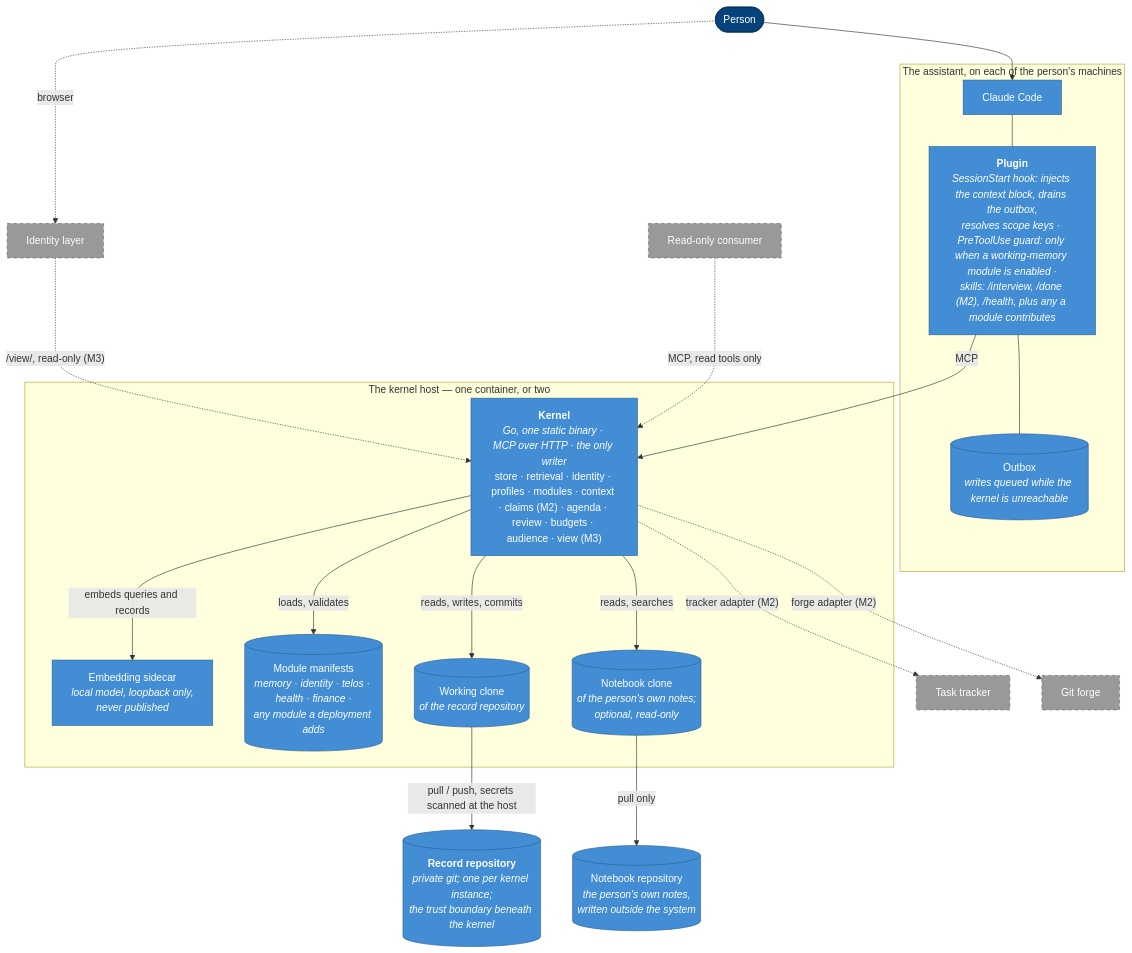
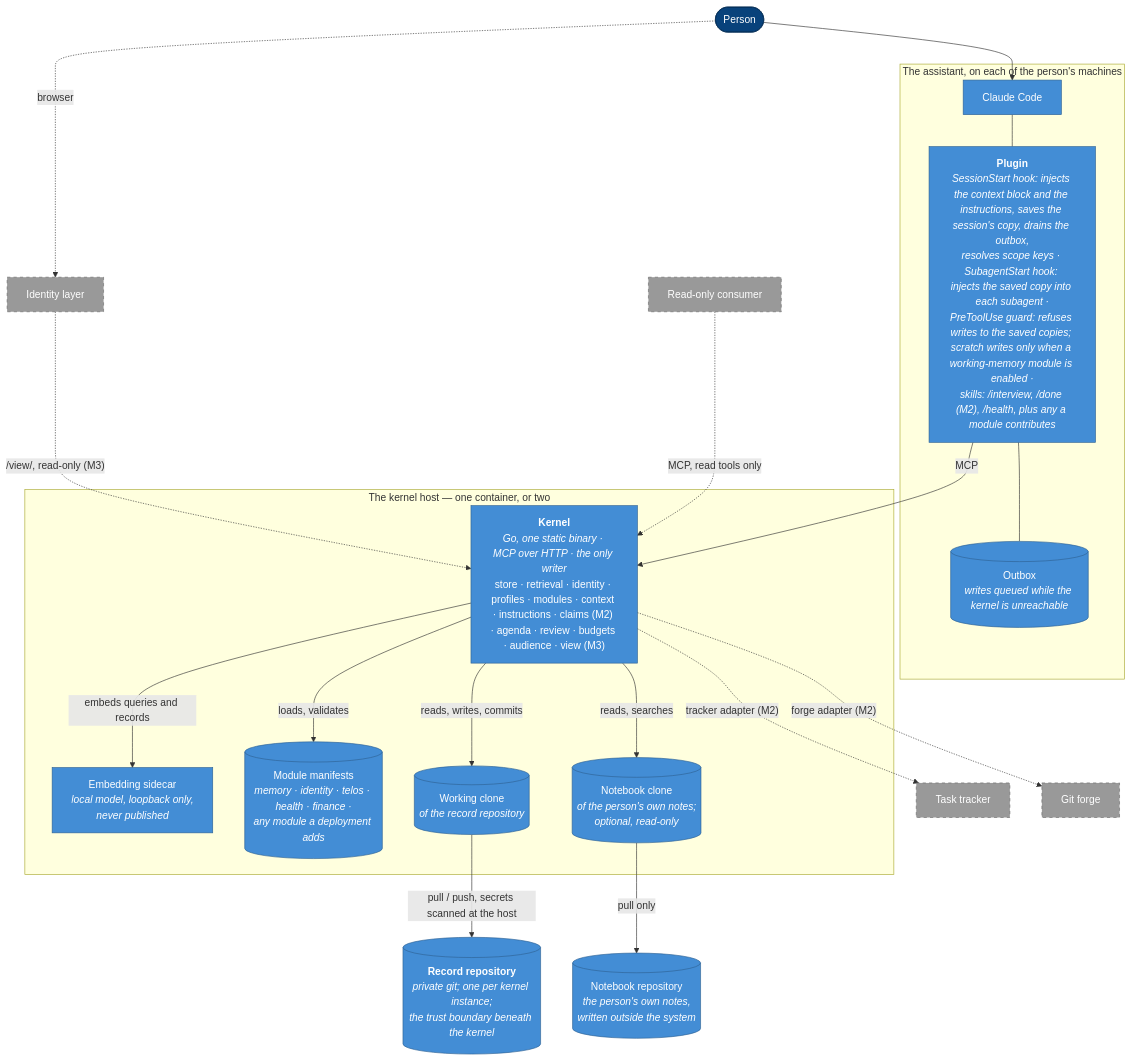
One commit to allanschon/brabeus changed the second of 4 diagrams in docs/personal-context-system-c4.md. Above: the diagram before and after it, drawn with Mermaid. The commit also changed other lines of this file and 9 other files, not shown here.

````diff
--- a/docs/personal-context-system-c4.md
+++ b/docs/personal-context-system-c4.md
@@ -67,50 +67,50 @@
 ```mermaid
 flowchart TB
     person(["Person"])
 
     subgraph assistant_host ["The assistant, on each of the person's machines"]
         cc["Claude Code"]
-        plugin["<b>Plugin</b><br/><i>SessionStart hook: injects the context block, drains the outbox,<br/>resolves scope keys · PreToolUse guard: only when a working-memory module is enabled ·<br/>skills: /interview, /done (M2), /health, plus any a module contributes</i>"]
+        plugin["<b>Plugin</b><br/><i>SessionStart hook: injects the context block and the instructions, saves the session's copy, drains the outbox,<br/>resolves scope keys · SubagentStart hook: injects the saved copy into each subagent ·<br/>PreToolUse guard: refuses writes to the saved copies; scratch writes only when a working-memory module is enabled ·<br/>skills: /interview, /done (M2), /health, plus any a module contributes</i>"]
         outbox[("Outbox<br/><i>writes queued while the kernel is unreachable</i>")]
         cc --- plugin
         plugin --- outbox
     end
 
     subgraph kernel_host ["The kernel host — one container, or two"]
-        kernel["<b>Kernel</b><br/><i>Go, one static binary · MCP over HTTP · the only writer</i><br/>store · retrieval · identity · profiles · modules · context · claims (M2) · agenda · review · budgets · audience · view (M3)"]
+        kernel["<b>Kernel</b><br/><i>Go, one static binary · MCP over HTTP · the only writer</i><br/>store · retrieval · identity · profiles · modules · context · instructions · claims (M2) · agenda · review · budgets · audience · view (M3)"]
         embed["Embedding sidecar<br/><i>local model, loopback only,<br/>never published</i>"]
         modules[("Module manifests<br/><i>memory · identity · telos · health · finance ·<br/>any module a deployment adds</i>")]
         clone[("Working clone<br/><i>of the record repository</i>")]
         nbclone[("Notebook clone<br/><i>of the person's own notes;<br/>optional, read-only</i>")]
         kernel -- "embeds queries and records" --> embed
         kernel -- "loads, validates" --> modules
         kernel -- "reads, writes, commits" --> clone
         kernel -- "reads, searches" --> nbclone
     end
 
     repo[("<b>Record repository</b><br/><i>private git; one per kernel instance;<br/>the trust boundary beneath the kernel</i>")]
     notes[("Notebook repository<br/><i>the person's own notes,<br/>written outside the system</i>")]
     idp["Identity layer"]
     tracker["Task tracker"]
     forge["Git forge"]
     consumer["Read-only consumer"]
 
     person --> cc
     plugin -- "MCP" --> kernel
     person -. "browser" .-> idp
     idp -. "/view/, read-only (M3)" .-> kernel
     consumer -. "MCP, read tools only" .-> kernel
     clone -- "pull / push, secrets scanned at the host" --> repo
     nbclone -- "pull only" --> notes
     kernel -. "tracker adapter (M2)" .-> tracker
     kernel -. "forge adapter (M2)" .-> forge
 
     classDef person fill:#08427b,stroke:#052e56,color:#fff
     classDef container fill:#438dd5,stroke:#2e6295,color:#fff
     classDef store fill:#438dd5,stroke:#2e6295,color:#fff
     classDef ext fill:#999,stroke:#6b6b6b,color:#fff,stroke-dasharray:5 5
     class person person
     class cc,plugin,kernel,embed container
     class outbox,modules,clone,repo,nbclone,notes store
     class idp,tracker,forge,consumer ext
 ```
````
